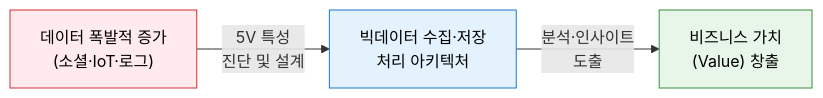
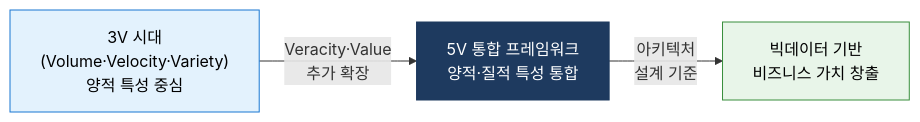
One commit to jeonck/fw-thinking changed the first of 3 diagrams in docs/07-data-ai-governance/bigdata-ref.md. Above: the diagram before and after it, drawn with Mermaid. The commit also changed other lines of this file, not shown here.

Commit message:
Big Data 5V 전면 재작성 - 5V 수렴 다이어그램 및 Lambda Architecture

````diff
--- a/docs/07-data-ai-governance/bigdata-ref.md
+++ b/docs/07-data-ai-governance/bigdata-ref.md
@@ -11,8 +11,8 @@
 ```mermaid
 flowchart LR
-    A["데이터 폭발적 증가<br/>(소셜·IoT·로그)"] --"5V 특성<br/>진단 및 설계"--> B["빅데이터 수집·저장<br/>처리 아키텍처"] --"분석·인사이트<br/>도출"--> C["비즈니스 가치<br/>(Value) 창출"]
+    A["3V 시대<br/>(Volume·Velocity·Variety)<br/>양적 특성 중심"] --"Veracity·Value<br/>추가 확장"--> B["5V 통합 프레임워크<br/>양적·질적 특성 통합"] --"아키텍처<br/>설계 기준"--> C["빅데이터 기반<br/>비즈니스 가치 창출"]
 
-    style A fill:#FFEBEE,stroke:#D32F2F,color:#000
-    style B fill:#E3F2FD,stroke:#1976D2,color:#000
+    style A fill:#E3F2FD,stroke:#1976D2,color:#000
+    style B fill:#1E3A5F,stroke:#1E3A5F,color:#fff
     style C fill:#E8F5E9,stroke:#388E3C,color:#000
 ```
````
